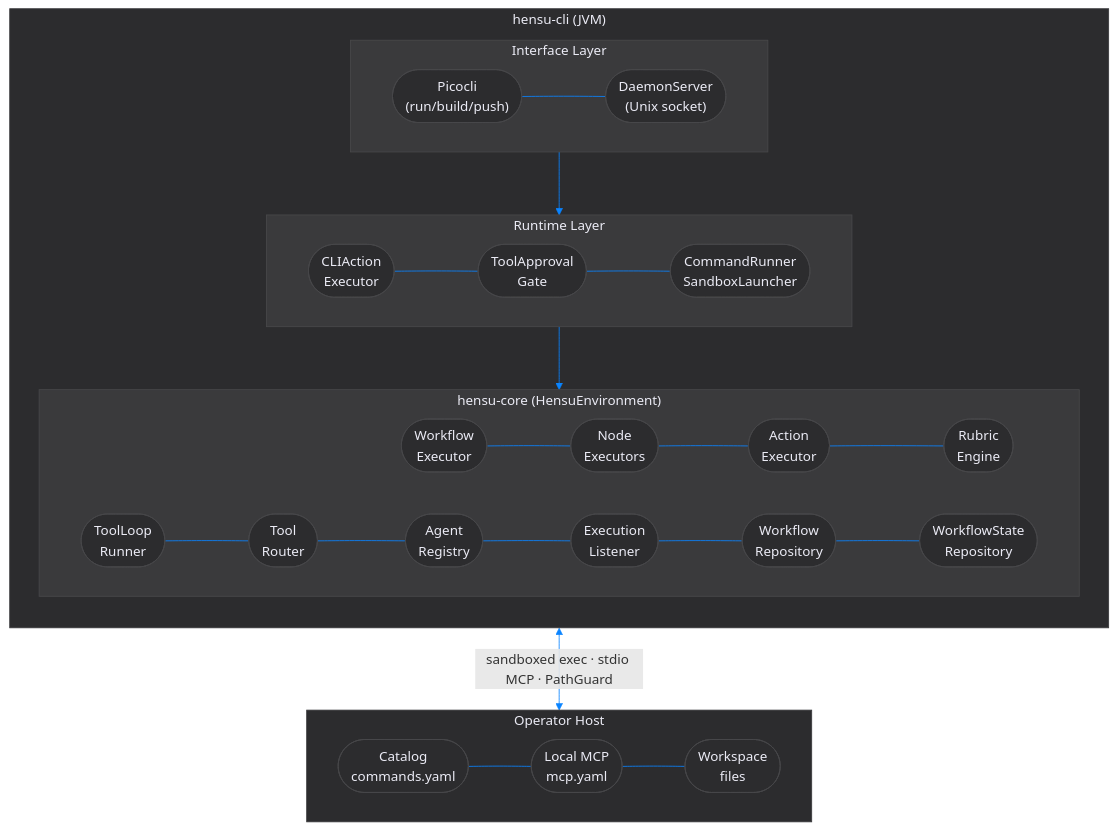
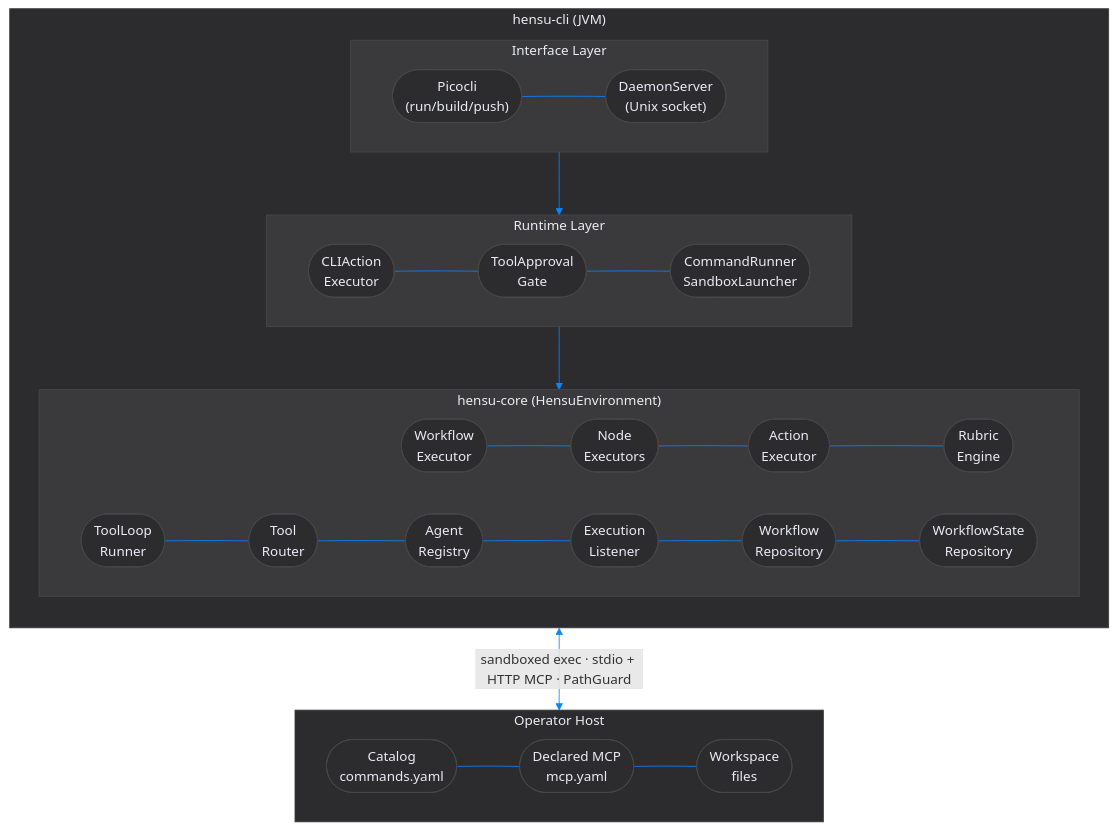
Before and after one commit to hensu-project/hensu: the sixth of 9 diagrams in docs/unified-architecture.md, drawn with Mermaid. The commit also changed other lines of this file and 92 other files, not shown here.

````diff
--- a/docs/unified-architecture.md
+++ b/docs/unified-architecture.md
@@ -512,56 +552,56 @@
 ```mermaid
 flowchart TD
     subgraph cli["hensu-cli (JVM)"]
         direction TB
         subgraph cif["Interface Layer"]
             direction LR
             pico(["Picocli\n(run/build/push)"]) ~~~ dmn(["DaemonServer\n(Unix socket)"])
         end
 
         subgraph crt["Runtime Layer"]
             direction LR
             cae(["CLIAction\nExecutor"]) ~~~ gate(["ToolApproval\nGate"]) ~~~ crn(["CommandRunner\nSandboxLauncher"])
         end
 
         subgraph ccore["hensu-core (HensuEnvironment)"]
             direction LR
             cwe(["Workflow\nExecutor"]) ~~~ cne(["Node\nExecutors"]) ~~~ cax(["Action\nExecutor"]) ~~~ cre(["Rubric\nEngine"])
             ctl(["ToolLoop\nRunner"]) ~~~ ctr(["Tool\nRouter"]) ~~~ car(["Agent\nRegistry"]) ~~~ cel(["Execution\nListener"]) ~~~ cwr(["Workflow\nRepository"]) ~~~ cws(["WorkflowState\nRepository"])
         end
     end
 
     subgraph host["Operator Host"]
         direction LR
-        cat(["Catalog\ncommands.yaml"]) ~~~ lmc(["Local MCP\nmcp.yaml"]) ~~~ wsf(["Workspace\nfiles"])
+        cat(["Catalog\ncommands.yaml"]) ~~~ lmc(["Declared MCP\nmcp.yaml"]) ~~~ wsf(["Workspace\nfiles"])
     end
 
     cif --> crt --> ccore
-    ccore <-->|"sandboxed exec · stdio MCP · PathGuard"| host
+    ccore <-->|"sandboxed exec · stdio + HTTP MCP · PathGuard"| host
 
     style cli fill:#2c2c2e, stroke:#3a3a3c, color:#ebebf5, stroke-width:1px
     style cif fill:#3a3a3c, stroke:#48484a, color:#ebebf5, stroke-width:1px
     style crt fill:#3a3a3c, stroke:#48484a, color:#ebebf5, stroke-width:1px
     style ccore fill:#3a3a3c, stroke:#48484a, color:#ebebf5, stroke-width:1px
     style host fill:#2c2c2e, stroke:#3a3a3c, color:#ebebf5, stroke-width:1px
 
     style pico fill:#2c2c2e, stroke:#48484a, color:#ebebf5, stroke-width:1px
     style dmn fill:#2c2c2e, stroke:#48484a, color:#ebebf5, stroke-width:1px
     style cae fill:#2c2c2e, stroke:#48484a, color:#ebebf5, stroke-width:1px
     style gate fill:#2c2c2e, stroke:#48484a, color:#ebebf5, stroke-width:1px
     style crn fill:#2c2c2e, stroke:#48484a, color:#ebebf5, stroke-width:1px
     style cwe fill:#2c2c2e, stroke:#48484a, color:#ebebf5, stroke-width:1px
     style cne fill:#2c2c2e, stroke:#48484a, color:#ebebf5, stroke-width:1px
     style cax fill:#2c2c2e, stroke:#48484a, color:#ebebf5, stroke-width:1px
     style cre fill:#2c2c2e, stroke:#48484a, color:#ebebf5, stroke-width:1px
     style ctl fill:#2c2c2e, stroke:#48484a, color:#ebebf5, stroke-width:1px
     style ctr fill:#2c2c2e, stroke:#48484a, color:#ebebf5, stroke-width:1px
     style car fill:#2c2c2e, stroke:#48484a, color:#ebebf5, stroke-width:1px
     style cel fill:#2c2c2e, stroke:#48484a, color:#ebebf5, stroke-width:1px
     style cwr fill:#2c2c2e, stroke:#48484a, color:#ebebf5, stroke-width:1px
     style cws fill:#2c2c2e, stroke:#48484a, color:#ebebf5, stroke-width:1px
     style cat fill:#2c2c2e, stroke:#48484a, color:#ebebf5, stroke-width:1px
     style lmc fill:#2c2c2e, stroke:#48484a, color:#ebebf5, stroke-width:1px
     style wsf fill:#2c2c2e, stroke:#48484a, color:#ebebf5, stroke-width:1px
 
     linkStyle default stroke:#0A84FF, stroke-width:1px
 ```
````
